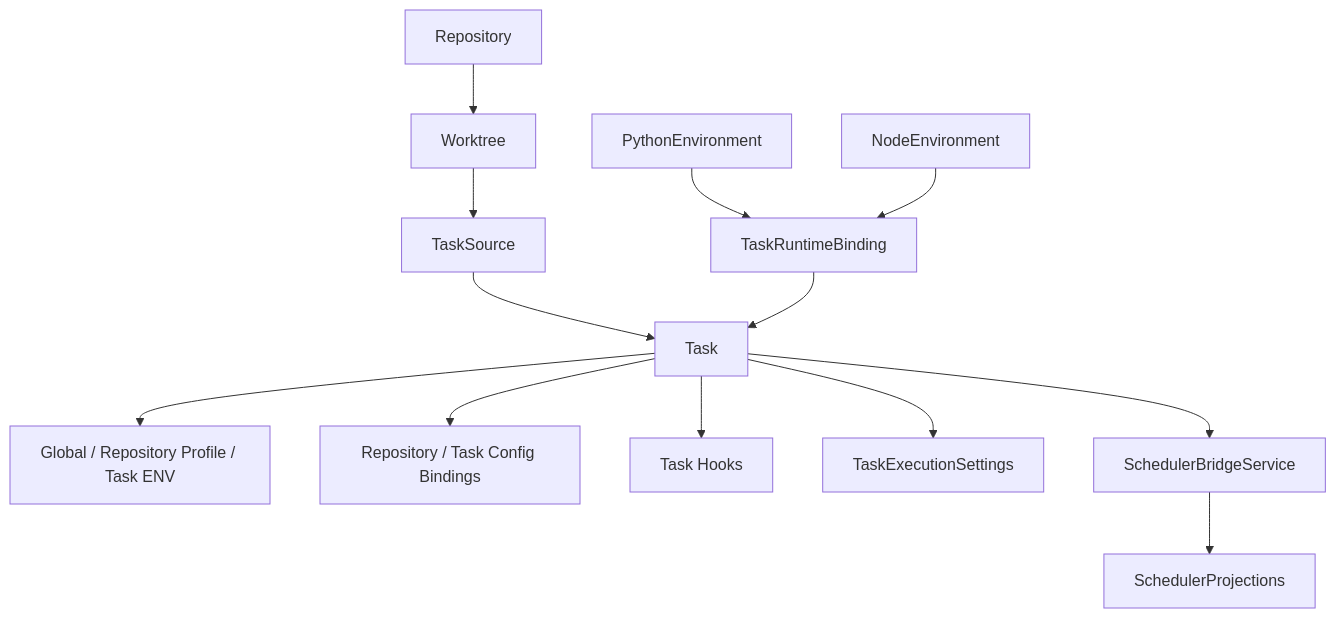
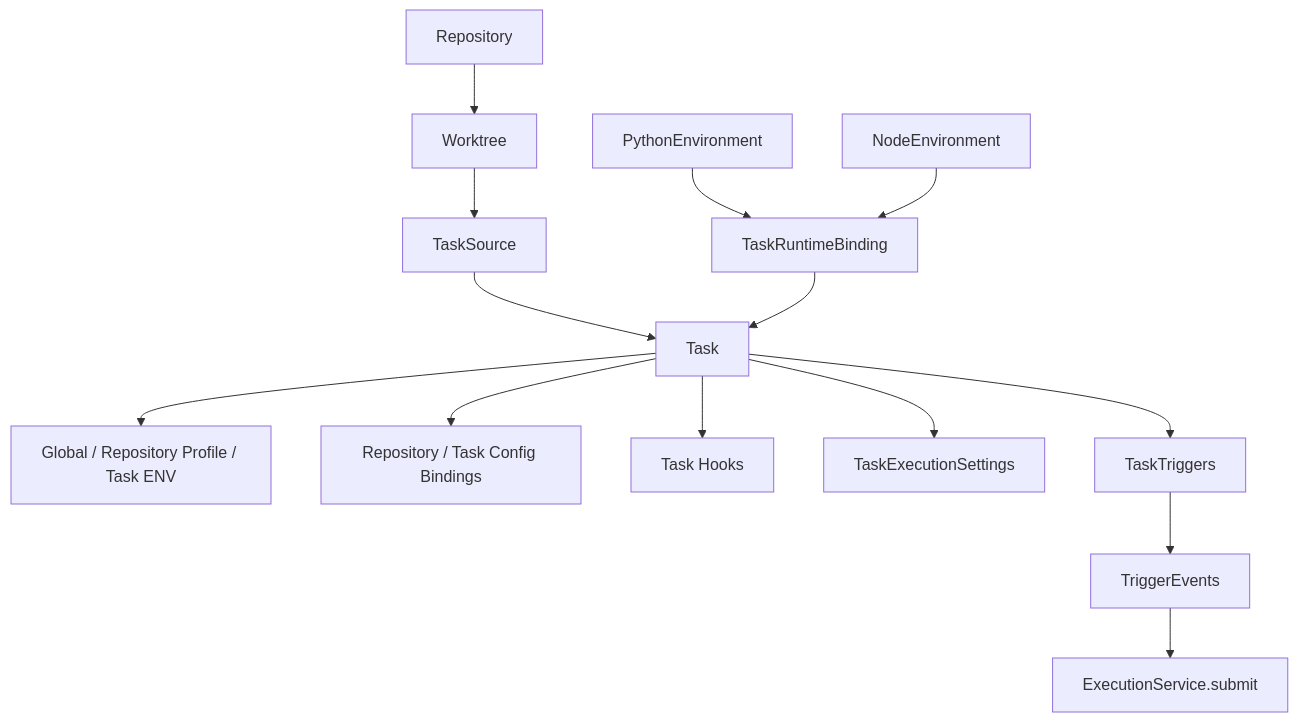
The first of 3 diagrams in docs/architecture/13-task-domain.md (anysoft/qinglong), drawn with Mermaid before and after one commit. The commit also changed other lines of this file and 334 other files, not shown here.

Commit message:
Refactor platform architecture for fresh-install support

````diff
--- a/docs/architecture/13-task-domain.md
+++ b/docs/architecture/13-task-domain.md
@@ -5,15 +5,16 @@
 ```mermaid
 flowchart TD
   Repository --> Worktree
   Worktree --> Source[TaskSource]
   Source --> Task
   PythonEnvironment --> Binding[TaskRuntimeBinding]
   NodeEnvironment --> Binding
   Binding --> Task
   Task --> ENV[Global / Repository Profile / Task ENV]
   Task --> Config[Repository / Task Config Bindings]
   Task --> Hooks[Task Hooks]
   Task --> Settings[TaskExecutionSettings]
-  Task --> Schedule[SchedulerBridgeService]
-  Schedule --> Projection[SchedulerProjections]
+  Task --> Triggers[TaskTriggers]
+  Triggers --> Events[TriggerEvents]
+  Events --> Submit[ExecutionService.submit]
 ```
````
